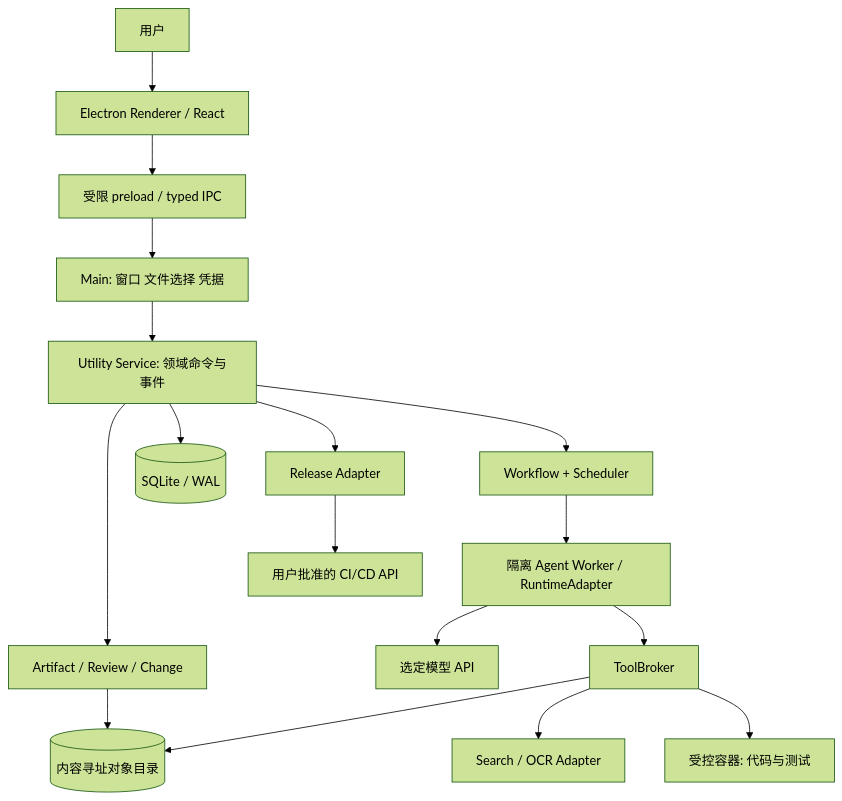
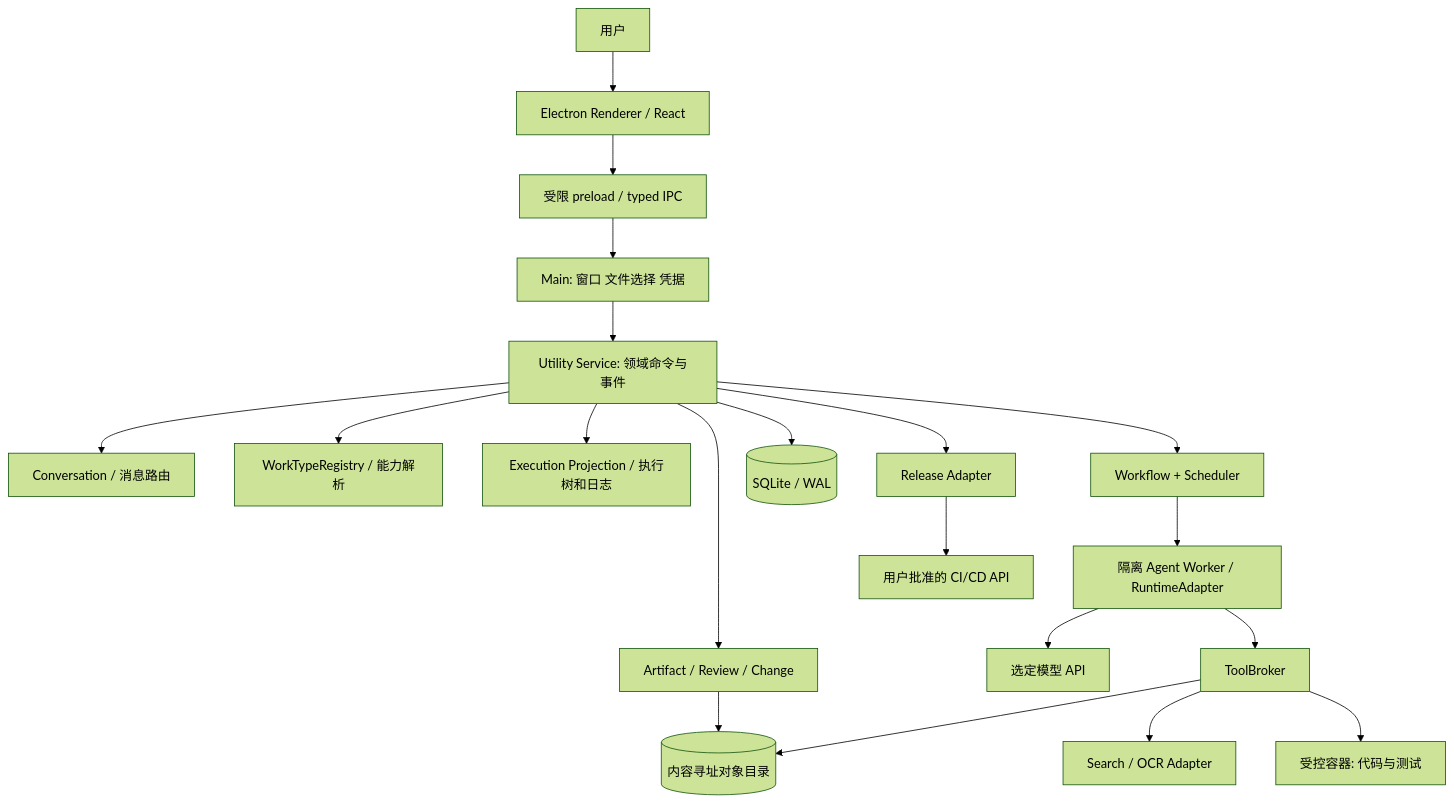
The first of 4 diagrams in docs/spec/06-system-design.md (phoebeliu/jojo_plan), drawn with Mermaid (forest theme) before and after one commit. The commit also changed other lines of this file and 32 other files, not shown here.

Commit message:
Revise JP-1.1 around conversation, agent visibility and extensible work packages

````diff
--- a/docs/spec/06-system-design.md
+++ b/docs/spec/06-system-design.md
@@ -7,19 +7,22 @@
 ```mermaid
 flowchart TB
   U[用户] --> UI[Electron Renderer / React]
   UI --> P[受限 preload / typed IPC]
   P --> M[Main: 窗口 文件选择 凭据]
   M --> S[Utility Service: 领域命令与事件]
+  S --> CV[Conversation / 消息路由]
+  S --> RG[WorkTypeRegistry / 能力解析]
+  S --> EX[Execution Projection / 执行树和日志]
   S --> W[Workflow + Scheduler]
   S --> A[Artifact / Review / Change]
   S --> DB[(SQLite / WAL)]
   A --> O[(内容寻址对象目录)]
   W --> R[隔离 Agent Worker / RuntimeAdapter]
   R --> L[选定模型 API]
   R --> B[ToolBroker]
   B --> O
   B --> X[Search / OCR Adapter]
   B --> C[受控容器: 代码与测试]
   S --> D[Release Adapter]
   D --> CI[用户批准的 CI/CD API]
 ```
````
